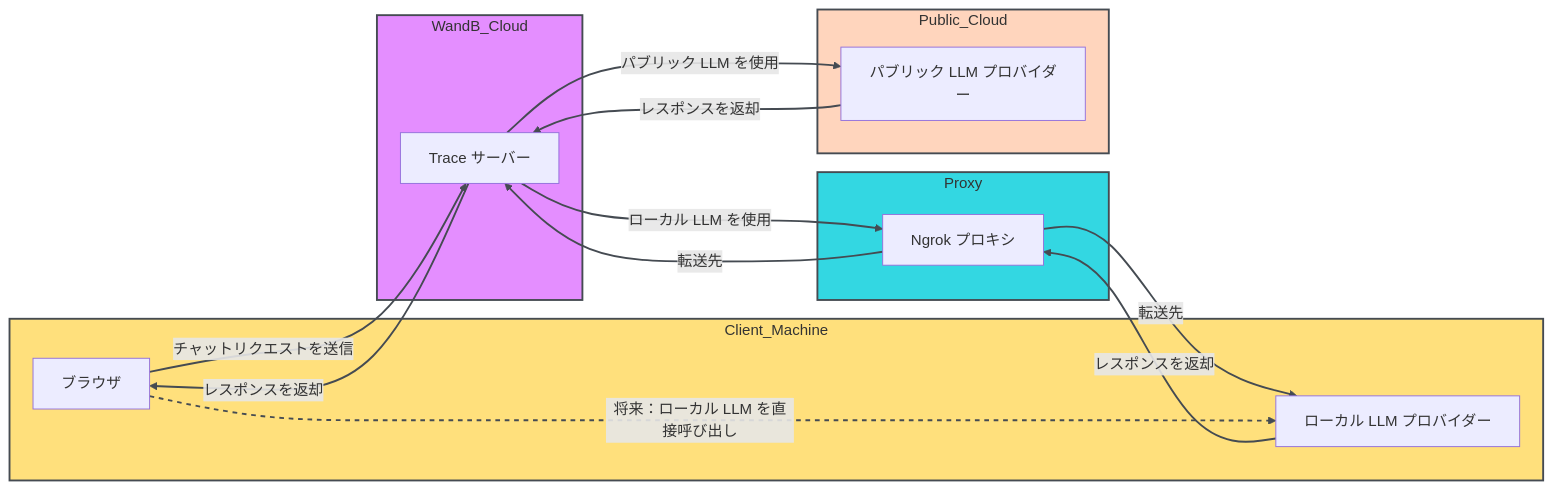
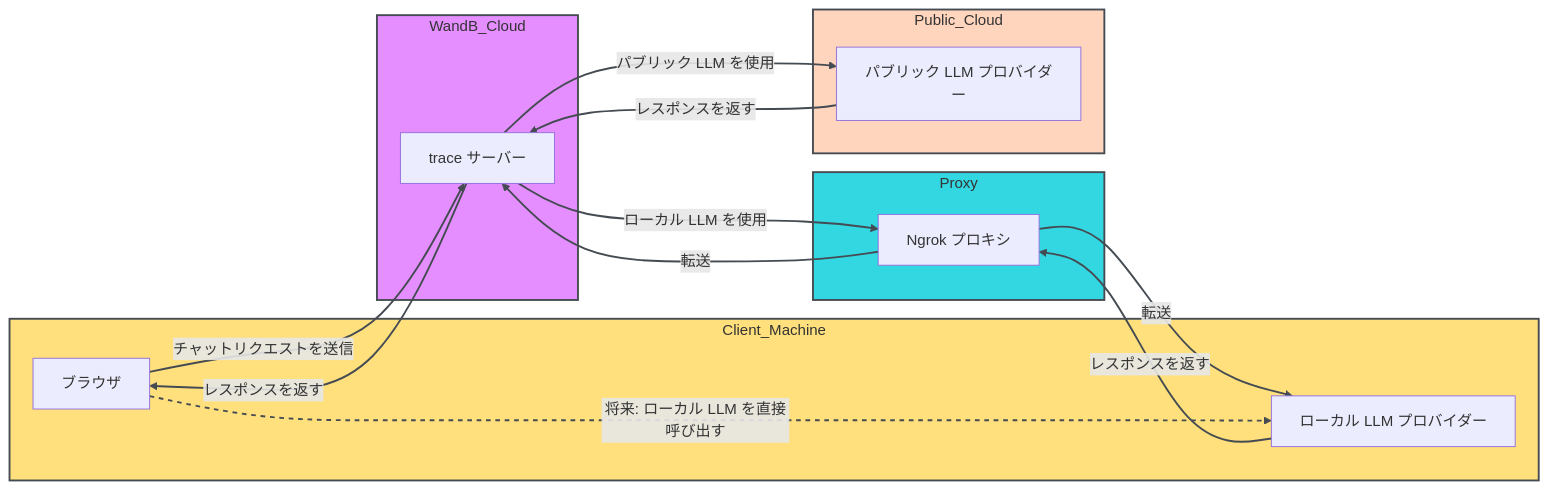
One commit to wandb/docs changed the diagram in ja/weave/guides/tools/playground.mdx. Above: the diagram before and after it, drawn with Mermaid. The commit also changed other lines of this file and 4312 other files, not shown here.

````diff
--- a/ja/weave/guides/tools/playground.mdx
+++ b/ja/weave/guides/tools/playground.mdx
@@ -377,49 +278,49 @@
 ```mermaid
 flowchart LR
-    %% Style definitions
+    %% スタイル定義
     classDef clientMachine fill:#FFD95CCC,stroke:#454B52,stroke-width:2px
     classDef proxy fill:#00CDDBCC,stroke:#454B52,stroke-width:2px
     classDef wandbCloud fill:#DE72FFCC,stroke:#454B52,stroke-width:2px
     classDef publicCloud fill:#FFCBADCC,stroke:#454B52,stroke-width:2px
 
-    %% Subgraphs
+    %% サブグラフ
     subgraph Client_Machine
         browser[ブラウザ]
         llm_local[ローカル LLM プロバイダー]
     end
 
     subgraph Proxy
         ngrok[Ngrok プロキシ]
     end
 
     subgraph WandB_Cloud
-        trace_server[Trace サーバー]
+        trace_server[trace サーバー]
     end
 
     subgraph Public_Cloud
         llm_cloud[パブリック LLM プロバイダー]
     end
 
-    %% Apply styles to subgraphs
+    %% サブグラフにスタイルを適用
     class Client_Machine clientMachine
     class Proxy proxy
     class WandB_Cloud wandbCloud
     class Public_Cloud publicCloud
 
-    %% Current Data Flow
+    %% 現在のデータフロー
     browser -->|チャットリクエストを送信| trace_server
     trace_server -->|パブリック LLM を使用| llm_cloud
     trace_server -->|ローカル LLM を使用| ngrok
-    ngrok -->|転送先| llm_local
-    llm_cloud -->|レスポンスを返却| trace_server
-    llm_local -->|レスポンスを返却| ngrok
-    ngrok -->|転送先| trace_server
-    trace_server -->|レスポンスを返却| browser
+    ngrok -->|転送| llm_local
+    llm_cloud -->|レスポンスを返す| trace_server
+    llm_local -->|レスポンスを返す| ngrok
+    ngrok -->|転送| trace_server
+    trace_server -->|レスポンスを返す| browser
 
-    %% Future Possible Connection
-    browser -.->|将来：ローカル LLM を直接呼び出し| llm_local
+    %% 将来的に可能な接続
+    browser -.->|将来: ローカル LLM を直接呼び出す| llm_local
 
-    %% Link styles
+    %% リンクスタイル
     linkStyle default stroke:#454B52,stroke-width:2px
     linkStyle 8 stroke:#454B52,stroke-width:2px,stroke-dasharray:5
 ```
````
